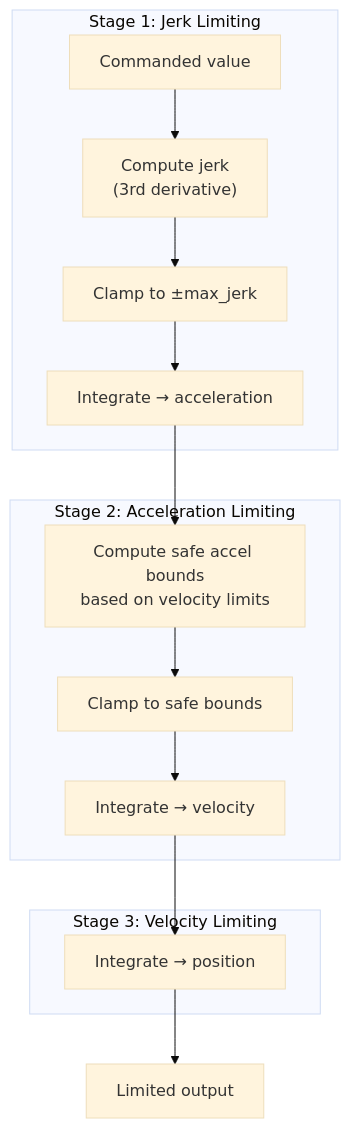
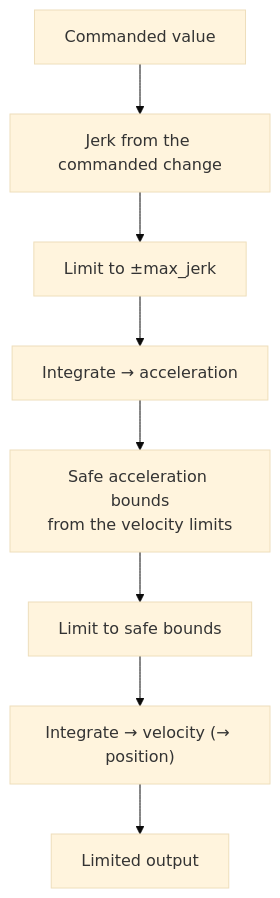
Before and after one commit to ColeTen/franka-rs: the third of 3 diagrams in docs/src/modules/rate-limiting.md, drawn with Mermaid (base theme). The commit also changed other lines of this file and 43 other files, not shown here.

````diff
--- a/docs/src/modules/rate-limiting.md
+++ b/docs/src/modules/rate-limiting.md
@@ -140,20 +142,10 @@
 ```mermaid
 flowchart TD
-    subgraph "Stage 1: Jerk Limiting"
-        CMD["Commanded value"] --> D3["Compute jerk<br/>(3rd derivative)"]
-        D3 --> CLAMP3["Clamp to ±max_jerk"]
-        CLAMP3 --> INT3["Integrate → acceleration"]
-    end
-
-    subgraph "Stage 2: Acceleration Limiting"
-        INT3 --> SAFE["Compute safe accel bounds<br/>based on velocity limits"]
-        SAFE --> CLAMP2["Clamp to safe bounds"]
-        CLAMP2 --> INT2["Integrate → velocity"]
-    end
-
-    subgraph "Stage 3: Velocity Limiting"
-        INT2 --> INT1["Integrate → position"]
-    end
-
-    INT1 --> OUT["Limited output"]
+    CMD["Commanded value"] --> D3["Jerk from the commanded change"]
+    D3 --> CLAMP3["Limit to ±max_jerk"]
+    CLAMP3 --> INT3["Integrate → acceleration"]
+    INT3 --> SAFE["Safe acceleration bounds<br/>from the velocity limits"]
+    SAFE --> CLAMP2["Limit to safe bounds"]
+    CLAMP2 --> INT2["Integrate → velocity (→ position)"]
+    INT2 --> OUT["Limited output"]
 ```
````
